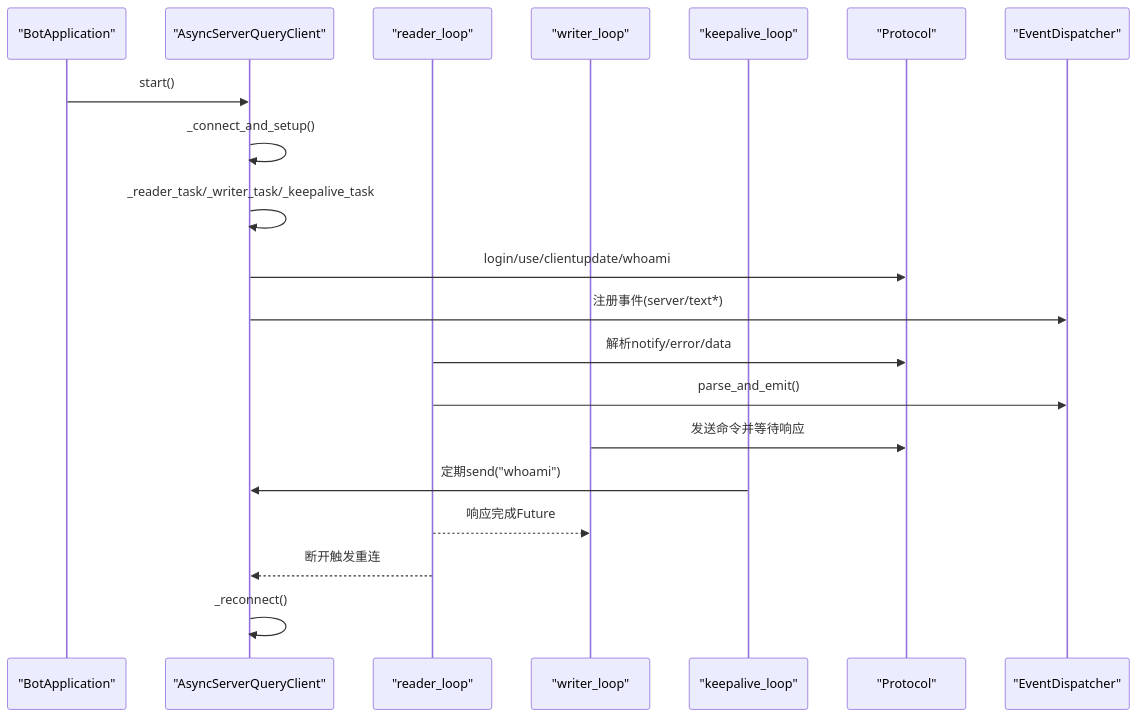
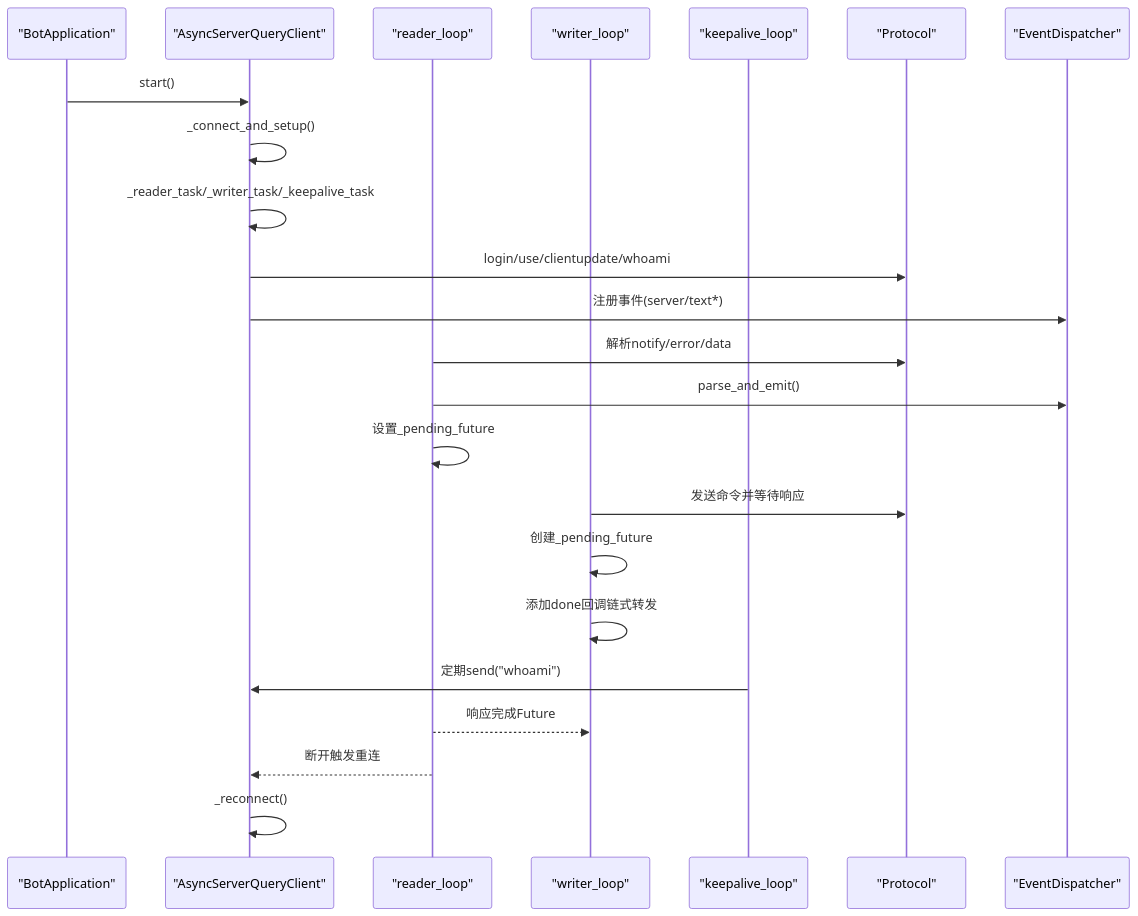
The second of 6 diagrams in .qoder/repowiki/zh/content/ServerQuery集成/ServerQuery客户端.md (GhoulOwl/Teamspeak3_Bot), drawn with Mermaid before and after one commit. The commit also changed other lines of this file and 6 other files, not shown here.

````diff
--- a/.qoder/repowiki/zh/content/ServerQuery集成/ServerQuery客户端.md
+++ b/.qoder/repowiki/zh/content/ServerQuery集成/ServerQuery客户端.md
@@ -99,22 +110,25 @@
 ```mermaid
 sequenceDiagram
 participant App as "BotApplication"
 participant Client as "AsyncServerQueryClient"
 participant Reader as "reader_loop"
 participant Writer as "writer_loop"
 participant Keep as "keepalive_loop"
 participant Proto as "Protocol"
 participant Events as "EventDispatcher"
 App->>Client : start()
 Client->>Client : _connect_and_setup()
 Client->>Client : _reader_task/_writer_task/_keepalive_task
 Client->>Proto : login/use/clientupdate/whoami
 Client->>Events : 注册事件(server/text*)
 Reader->>Proto : 解析notify/error/data
 Reader->>Events : parse_and_emit()
+Reader->>Reader : 设置_pending_future
 Writer->>Proto : 发送命令并等待响应
+Writer->>Writer : 创建_pending_future
+Writer->>Writer : 添加done回调链式转发
 Keep->>Client : 定期send("whoami")
 Reader-->>Writer : 响应完成Future
 Reader-->>Client : 断开触发重连
 Client->>Client : _reconnect()
 ```
````
